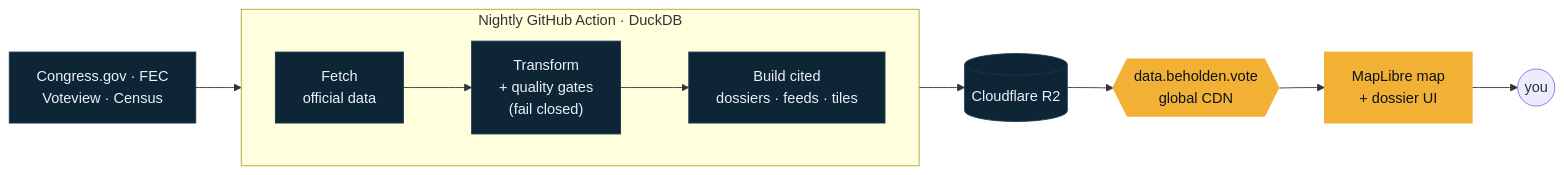
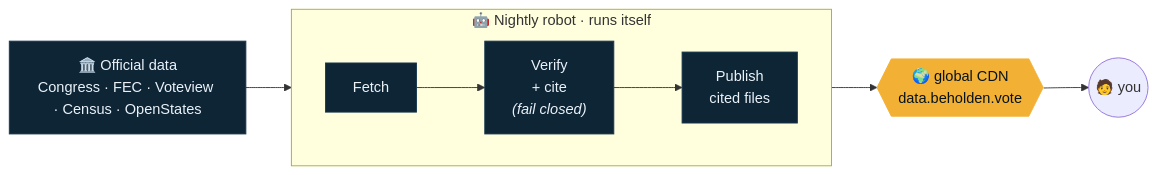
The diagram in README.md (beholden-vote/beholden), drawn with Mermaid before and after one commit. The commit also changed other lines of this file and 1 other file, not shown here.

````diff
--- a/README.md
+++ b/README.md
@@ -45,18 +82,15 @@
 ```mermaid
 flowchart LR
-  subgraph NIGHT["Nightly GitHub Action · DuckDB"]
+  GOV["🏛️ Official data<br/>Congress · FEC · Voteview · Census · OpenStates"] --> F
+  subgraph NIGHT["🤖 Nightly robot · runs itself"]
     direction LR
-    F["Fetch<br/>official data"] --> T["Transform<br/>+ quality gates<br/>(fail closed)"]
-    T --> B["Build cited<br/>dossiers · feeds · tiles"]
+    F["Fetch"] --> T["Verify<br/>+ cite<br/><i>(fail closed)</i>"] --> B["Publish<br/>cited files"]
   end
-  GOV["Congress.gov · FEC<br/>Voteview · Census"] --> F
-  B --> R[("Cloudflare R2")]
-  R --> CDN{{"data.beholden.vote<br/>global CDN"}}
-  CDN --> APP["MapLibre map<br/>+ dossier UI"]
-  APP --> YOU(("you"))
+  B --> CDN{{"🌍 global CDN<br/>data.beholden.vote"}}
+  CDN --> YOU(("🧑 you"))
 
   classDef amber fill:#f2b134,stroke:#f2b134,color:#06131d;
   classDef navy fill:#0e2536,stroke:#17384f,color:#eaf2f8;
-  class CDN,APP amber;
-  class F,T,B,R,GOV navy;
+  class CDN amber;
+  class F,T,B,GOV navy;
 ```
````
